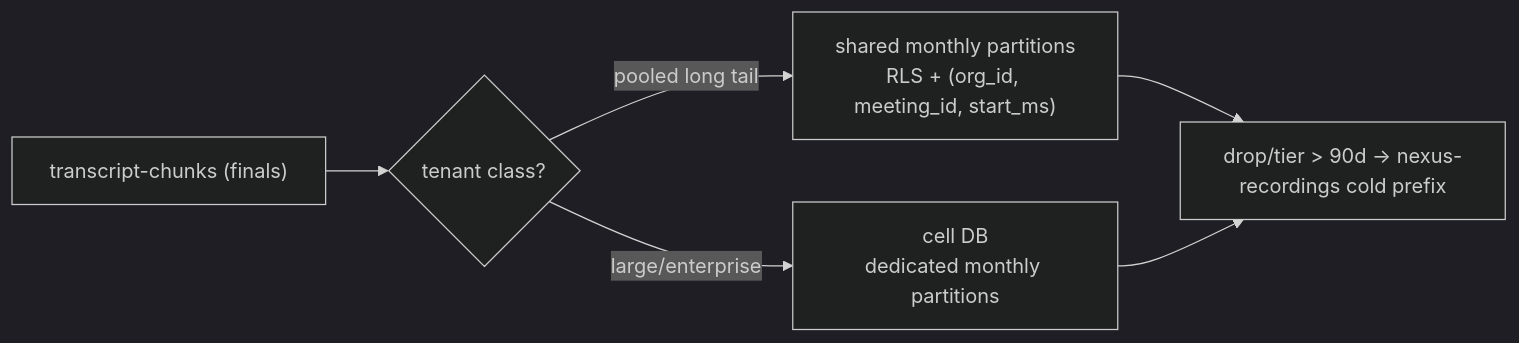
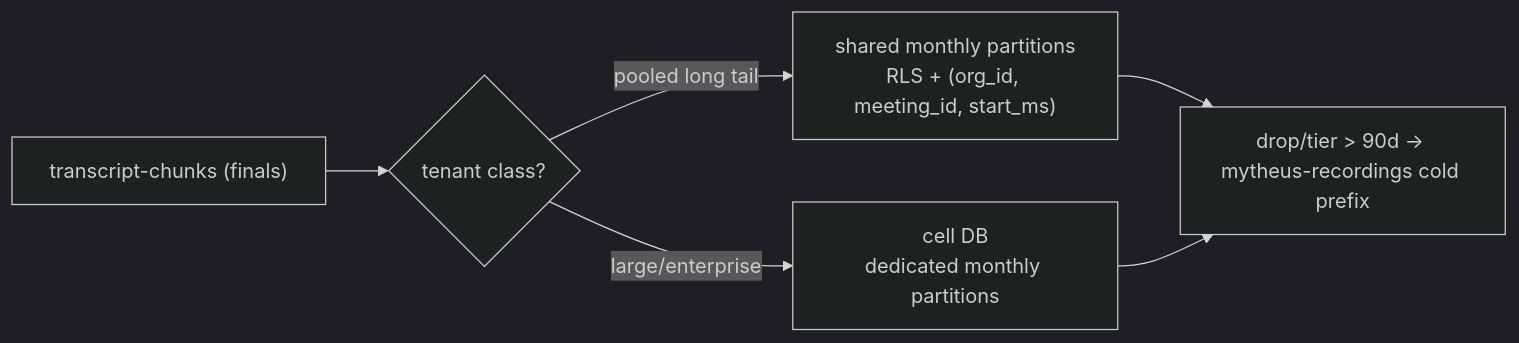
Before and after one commit to Mytheus-AI/mytheus-docs: the fourth of 10 diagrams in 05-data-architecture.md, drawn with Mermaid (dark theme). The commit also changed other lines of this file and 28 other files, not shown here.

First line of the commit message:
docs: rename the object storage buckets from nexus-* to mytheus-* (ADR-0028)

````diff
--- a/05-data-architecture.md
+++ b/05-data-architecture.md
@@ -318,8 +318,8 @@
 ```mermaid
 flowchart LR
   W["transcript-chunks (finals)"] --> R{"tenant class?"}
   R -->|pooled long tail| P["shared monthly partitions<br/>RLS + (org_id, meeting_id, start_ms)"]
   R -->|large/enterprise| C["cell DB<br/>dedicated monthly partitions"]
-  P --> Cold["drop/tier > 90d → nexus-recordings cold prefix"]
+  P --> Cold["drop/tier > 90d → mytheus-recordings cold prefix"]
   C --> Cold
 ```
````
